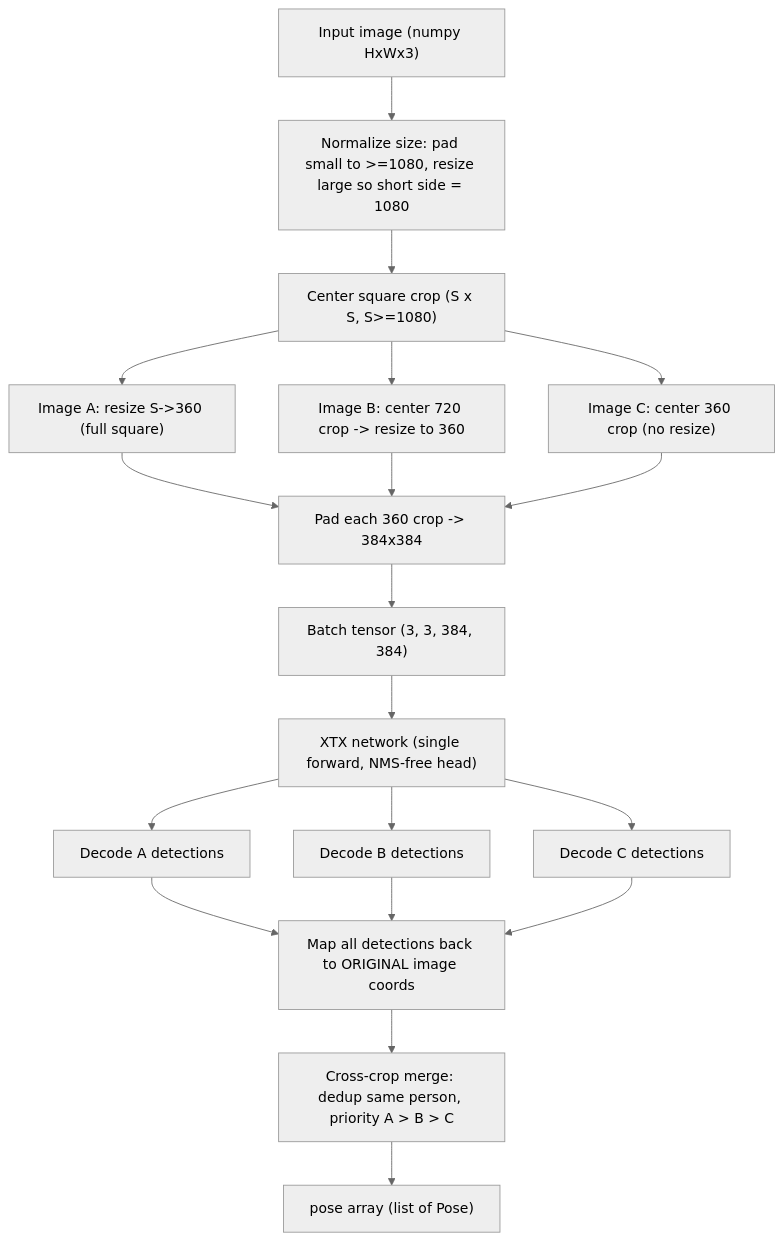
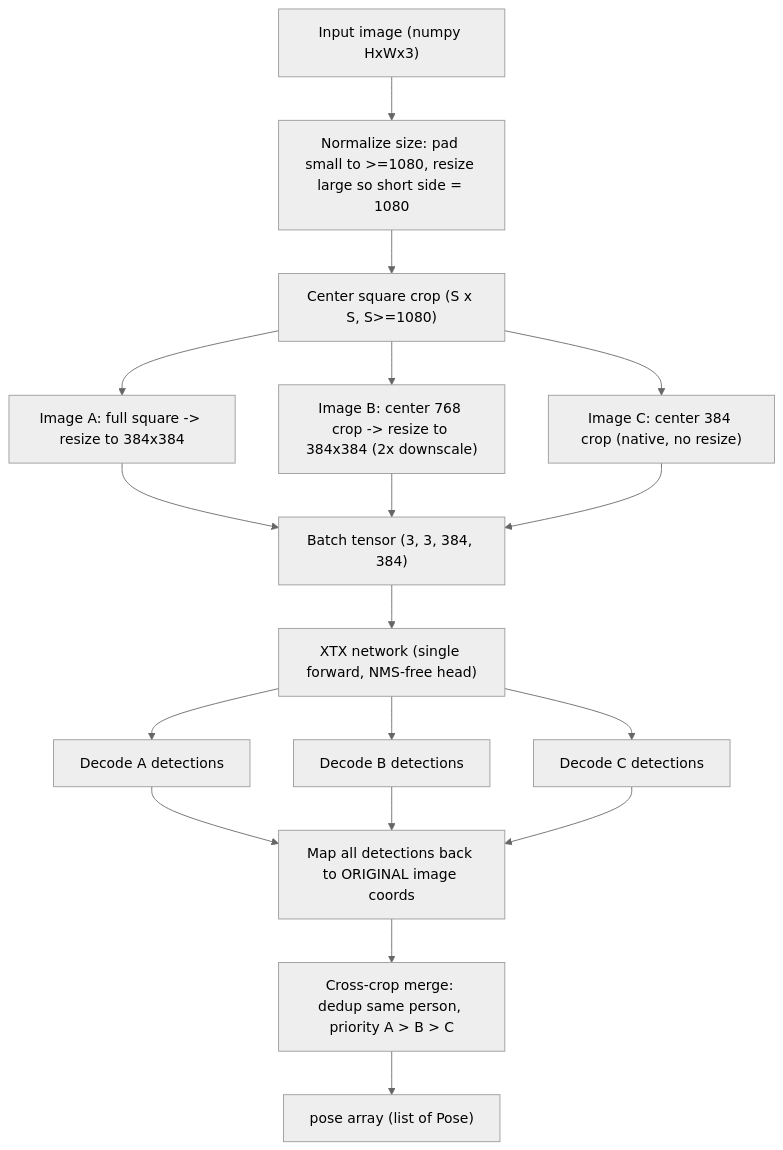
One commit to jaromirsivic/freesentry changed the diagram in persondetection.md. Above: the diagram before and after it, drawn with Mermaid (neutral theme). The commit also changed other lines of this file, not shown here.

First line of the commit message:
Update persondetection.md to clarify directory structure and crop resolution adjustments

````diff
--- a/persondetection.md
+++ b/persondetection.md
@@ -102,21 +104,20 @@
 ```mermaid
 flowchart TD
     Img["Input image (numpy HxWx3)"] --> Norm["Normalize size: pad small to >=1080, resize large so short side = 1080"]
     Norm --> Square["Center square crop (S x S, S>=1080)"]
-    Square --> A["Image A: resize S->360 (full square)"]
-    Square --> B["Image B: center 720 crop -> resize to 360"]
-    Square --> C["Image C: center 360 crop (no resize)"]
-    A --> Pad["Pad each 360 crop -> 384x384"]
-    B --> Pad
-    C --> Pad
-    Pad --> Batch["Batch tensor (3, 3, 384, 384)"]
+    Square --> A["Image A: full square -> resize to 384x384"]
+    Square --> B["Image B: center 768 crop -> resize to 384x384 (2x downscale)"]
+    Square --> C["Image C: center 384 crop (native, no resize)"]
+    A --> Batch["Batch tensor (3, 3, 384, 384)"]
+    B --> Batch
+    C --> Batch
     Batch --> Net["XTX network (single forward, NMS-free head)"]
     Net --> DecA["Decode A detections"]
     Net --> DecB["Decode B detections"]
     Net --> DecC["Decode C detections"]
     DecA --> Map["Map all detections back to ORIGINAL image coords"]
     DecB --> Map
     DecC --> Map
     Map --> Merge["Cross-crop merge: dedup same person, priority A > B > C"]
     Merge --> Out["pose array (list of Pose)"]
 ```
````
